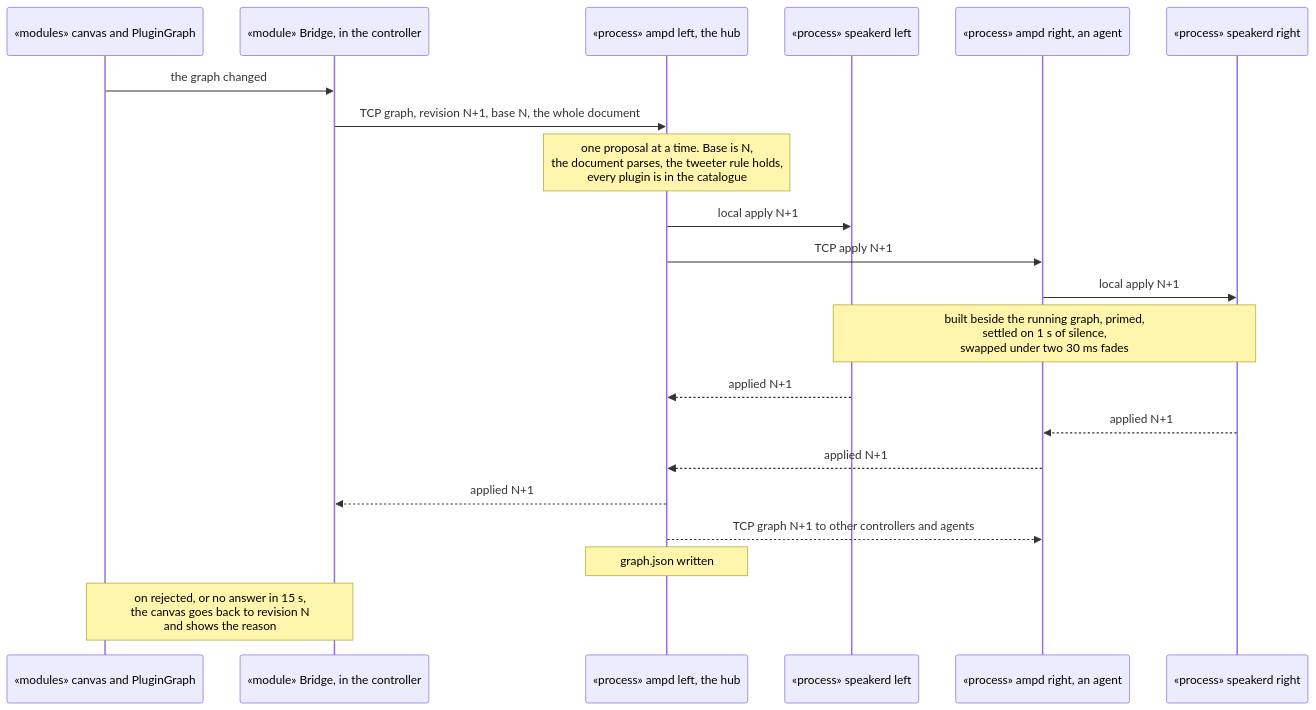
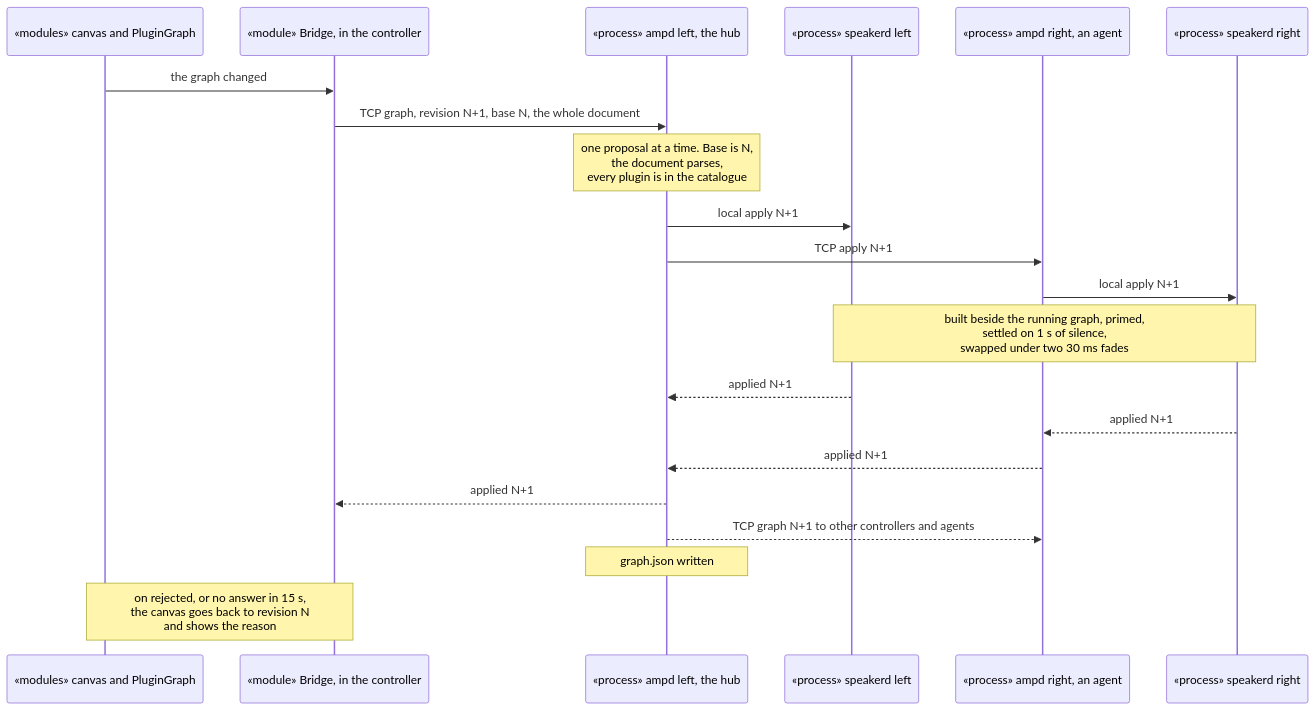
Diagram 18 of 19 in docs/remote-plugin-host.md (AMuszkat/bpi_amp_platform), drawn with Mermaid before and after one commit. The commit also changed other lines of this file and 24 other files, not shown here.

First line of the commit message:
firmware, tests: installers and ampd take any graph document a speaker can load

````diff
--- a/docs/remote-plugin-host.md
+++ b/docs/remote-plugin-host.md
@@ -1577,23 +1569,23 @@
 ```mermaid
 sequenceDiagram
     participant C as «modules» canvas and PluginGraph
     participant B as «module» Bridge, in the controller
     participant H as «process» ampd left, the hub
     participant SL as «process» speakerd left
     participant A as «process» ampd right, an agent
     participant SR as «process» speakerd right
     C->>B: the graph changed
     B->>H: TCP graph, revision N+1, base N, the whole document
-    Note over H: one proposal at a time. Base is N,<br/>the document parses, the tweeter rule holds,<br/>every plugin is in the catalogue
+    Note over H: one proposal at a time. Base is N,<br/>the document parses,<br/>every plugin is in the catalogue
     H->>SL: local apply N+1
     H->>A: TCP apply N+1
     A->>SR: local apply N+1
     Note over SL,SR: built beside the running graph, primed,<br/>settled on 1 s of silence,<br/>swapped under two 30 ms fades
     SL-->>H: applied N+1
     SR-->>A: applied N+1
     A-->>H: applied N+1
     H-->>B: applied N+1
     H-->>A: TCP graph N+1 to other controllers and agents
     Note over H: graph.json written
     Note over C,B: on rejected, or no answer in 15 s,<br/>the canvas goes back to revision N<br/>and shows the reason
 ```
````
